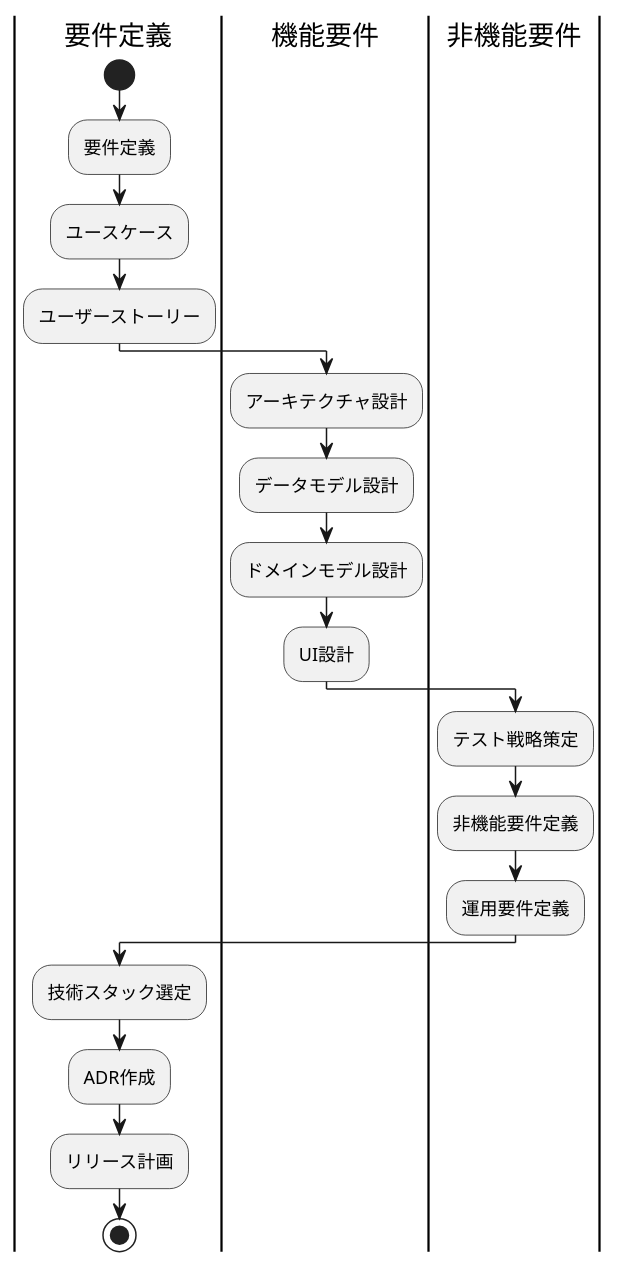
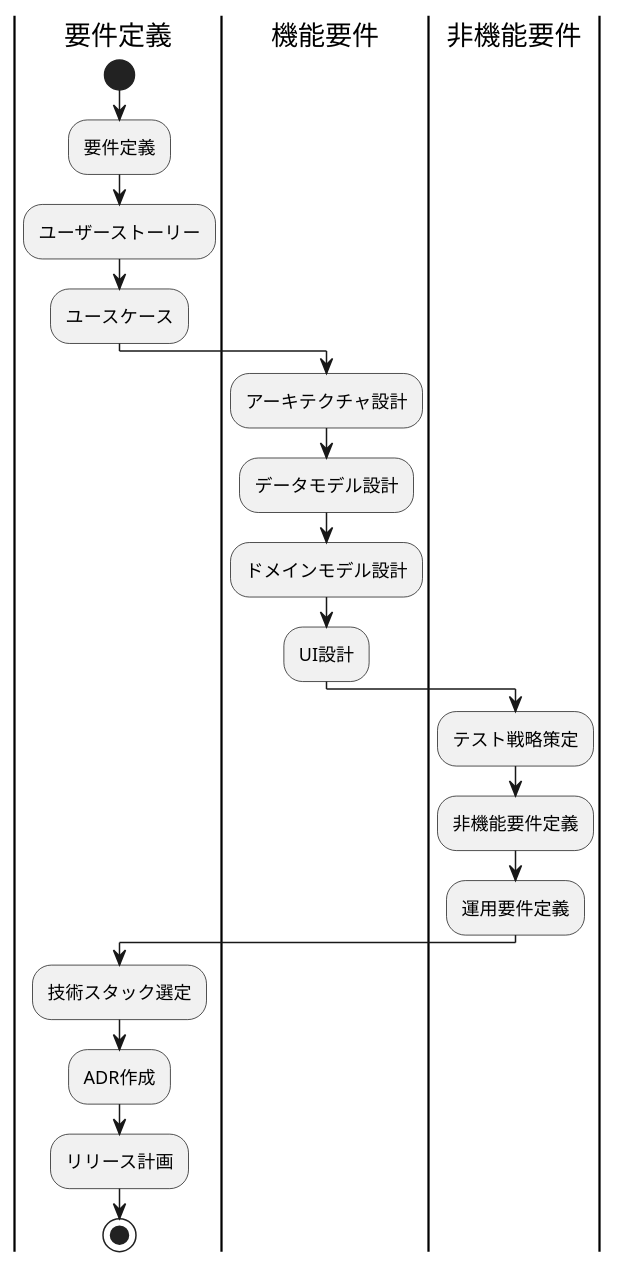
The second of 14 diagrams in docs/reference/開発ガイド.md (k2works/WpfArchitecture2022), drawn with PlantUML before and after one commit. The commit also changed other lines of this file and 8 other files, not shown here.

````diff
--- a/docs/reference/開発ガイド.md
+++ b/docs/reference/開発ガイド.md
@@ -40,28 +40,28 @@
 ```plantuml
 @startuml "Phase 1"
 |要件定義|
 start
 :要件定義;
+:ユーザーストーリー;
 :ユースケース;
-:ユーザーストーリー;
 
 |機能要件|
 :アーキテクチャ設計;
 :データモデル設計;
 :ドメインモデル設計;
 :UI設計;
 
 |非機能要件|
 :テスト戦略策定;
 :非機能要件定義;
 :運用要件定義;
 
 |要件定義|
 :技術スタック選定;
 :ADR作成;
 :リリース計画;
 
 stop
 
 @enduml
 ```
````
